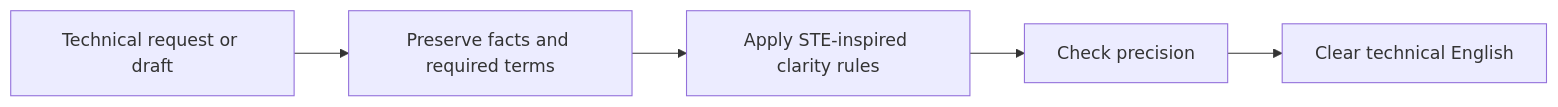
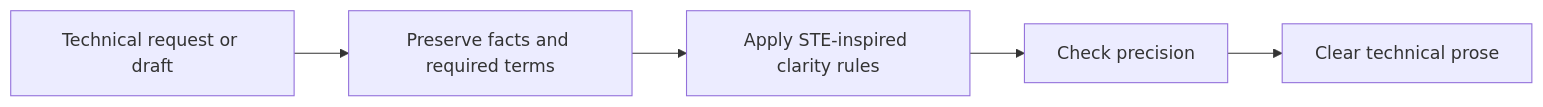
The diagram in skills/engineering/plain-spoken/README.md (adeonir/agent-skills), drawn with Mermaid before and after one commit. The commit also changed other lines of this file and 3 other files, not shown here.

````diff
--- a/skills/engineering/plain-spoken/README.md
+++ b/skills/engineering/plain-spoken/README.md
@@ -7,7 +7,7 @@
 ```mermaid
 flowchart LR
     R[Technical request or draft] --> C[Preserve facts and required terms]
     C --> S[Apply STE-inspired clarity rules]
     S --> P[Check precision]
-    P --> O[Clear technical English]
+    P --> O[Clear technical prose]
 ```
````
